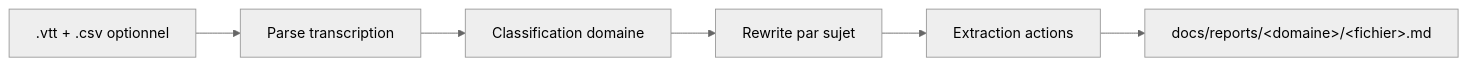
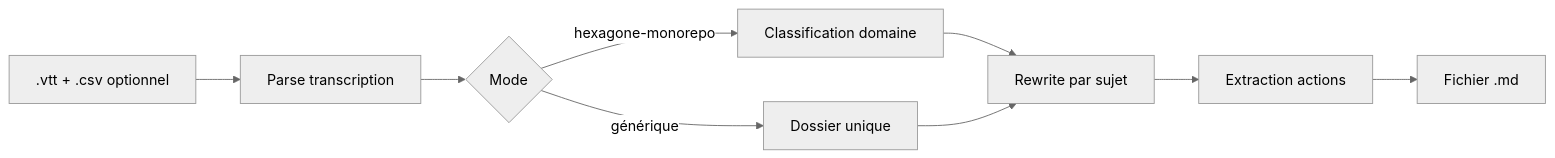
Before and after one commit to Dedalus-ERP-PAS/foundation-skills: the diagram in docs/meeting-report.md, drawn with Mermaid (neutral theme). The commit also changed other lines of this file and 1 other file, not shown here.

First line of the commit message:
feat(meeting-report): make skill project-agnostic with auto-detected hexagone-monorepo mode (#36)

````diff
--- a/docs/meeting-report.md
+++ b/docs/meeting-report.md
@@ -25,8 +37,11 @@
 ```mermaid
 graph LR
     A[.vtt + .csv optionnel] --> B[Parse transcription]
-    B --> C[Classification domaine]
+    B --> M{Mode}
+    M -- hexagone-monorepo --> C[Classification domaine]
+    M -- générique --> G[Dossier unique]
     C --> D[Rewrite par sujet]
+    G --> D
     D --> E[Extraction actions]
-    E --> F[docs/reports/&lt;domaine&gt;/&lt;fichier&gt;.md]
+    E --> F[Fichier .md]
 ```
````
